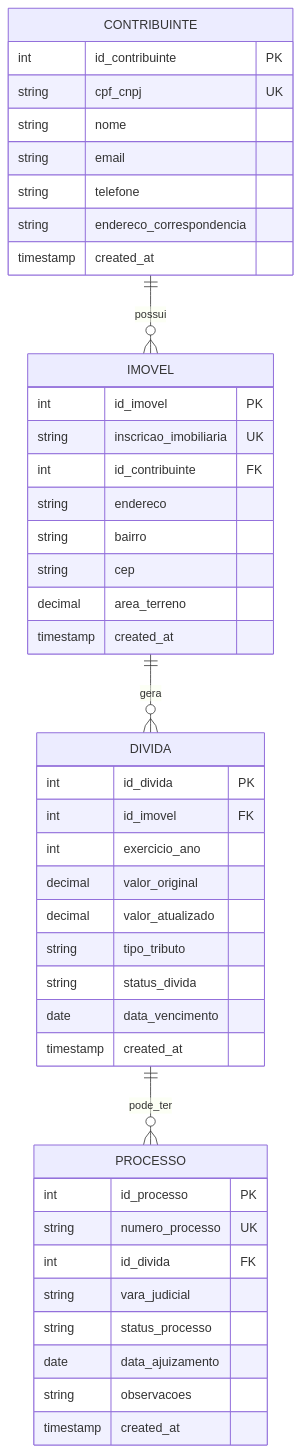
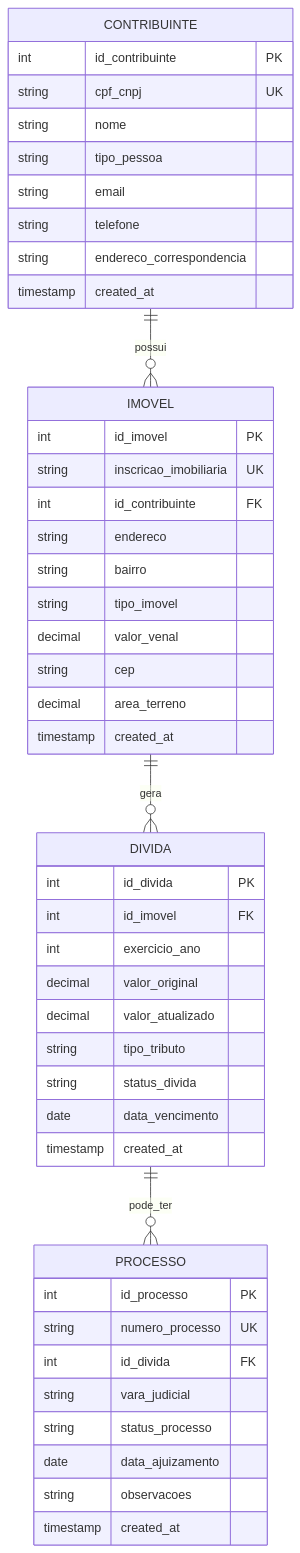
One commit to gabriellopes25-ribeiro/projetointegradorUFT changed the diagram in docs/uml/diagrama-er.md. Above: the diagram before and after it, drawn with Mermaid. The commit also changed 7 other files, not shown here.

````diff
--- a/docs/uml/diagrama-er.md
+++ b/docs/uml/diagrama-er.md
@@ -5,47 +5,50 @@
 ```mermaid
 erDiagram
     CONTRIBUINTE ||--o{ IMOVEL : possui
     IMOVEL ||--o{ DIVIDA : gera
     DIVIDA ||--o{ PROCESSO : pode_ter
 
     CONTRIBUINTE {
         int id_contribuinte PK
         string cpf_cnpj UK
         string nome
+        string tipo_pessoa
         string email
         string telefone
         string endereco_correspondencia
         timestamp created_at
     }
     IMOVEL {
         int id_imovel PK
         string inscricao_imobiliaria UK
         int id_contribuinte FK
         string endereco
         string bairro
+        string tipo_imovel
+        decimal valor_venal
         string cep
         decimal area_terreno
         timestamp created_at
     }
     DIVIDA {
         int id_divida PK
         int id_imovel FK
         int exercicio_ano
         decimal valor_original
         decimal valor_atualizado
         string tipo_tributo
         string status_divida
         date data_vencimento
         timestamp created_at
     }
     PROCESSO {
         int id_processo PK
         string numero_processo UK
         int id_divida FK
         string vara_judicial
         string status_processo
         date data_ajuizamento
         string observacoes
         timestamp created_at
     }
 ```
````
